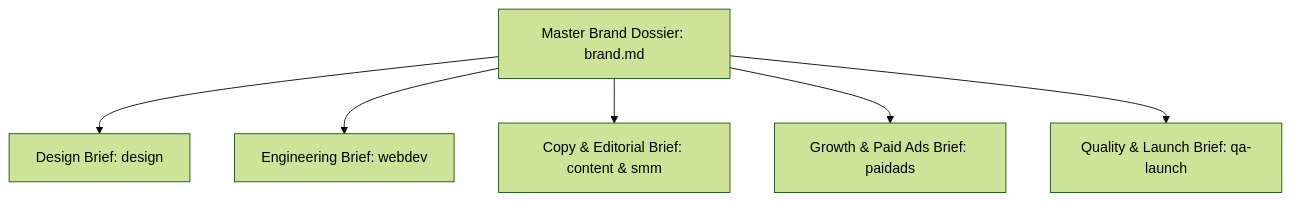
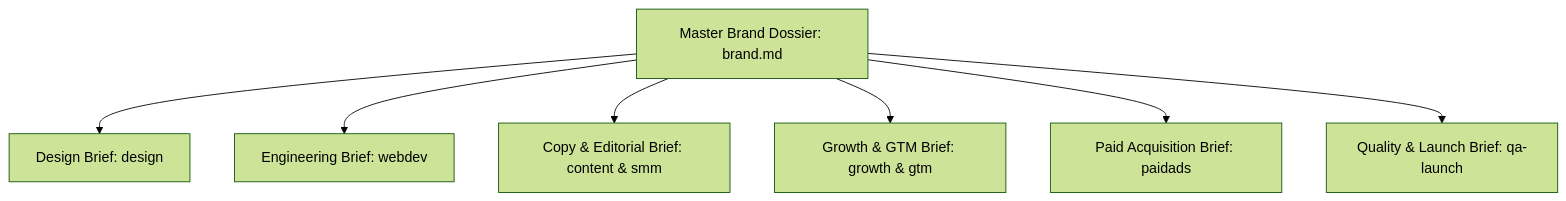
Before and after one commit to harshsinghmp/muse-skills: the first of 2 diagrams in brand/references/brief.md, drawn with Mermaid (forest theme). The commit also changed other lines of this file and 1 other file, not shown here.

Commit message:
feat(brand): add Technical Founder Intake, 4-layer AI Defensibility Moat Audit, and Growth & GTM departmental brief

````diff
--- a/brand/references/brief.md
+++ b/brand/references/brief.md
@@ -14,8 +14,9 @@
 ```mermaid
 flowchart TD
-    M[Master Brand Dossier: brand.md] --> B1[Design Brief: design]
-    M --> B2[Engineering Brief: webdev]
-    M --> B3[Copy & Editorial Brief: content & smm]
-    M --> B4[Growth & Paid Ads Brief: paidads]
-    M --> B5[Quality & Launch Brief: qa-launch]
+    M["Master Brand Dossier: brand.md"] --> B1["Design Brief: design"]
+    M --> B2["Engineering Brief: webdev"]
+    M --> B3["Copy & Editorial Brief: content & smm"]
+    M --> B4["Growth & GTM Brief: growth & gtm"]
+    M --> B5["Paid Acquisition Brief: paidads"]
+    M --> B6["Quality & Launch Brief: qa-launch"]
 ```
````
